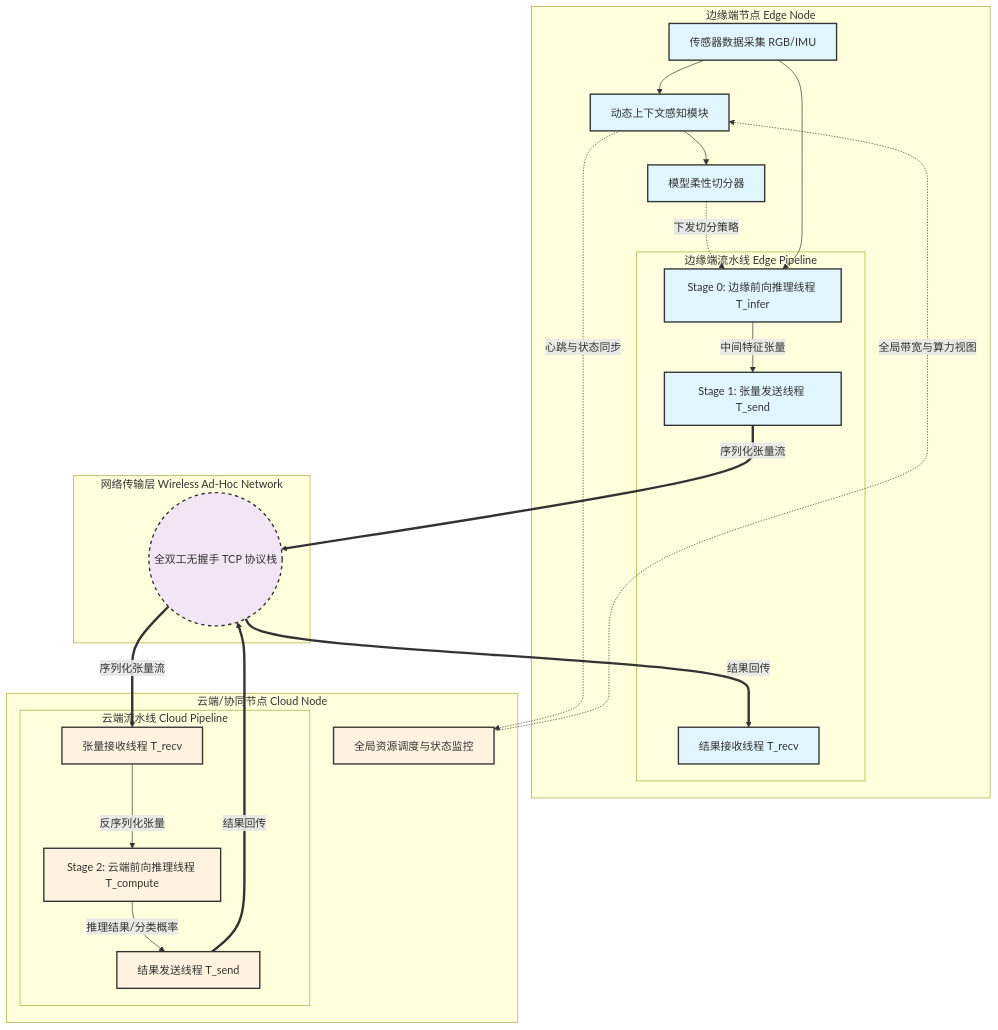
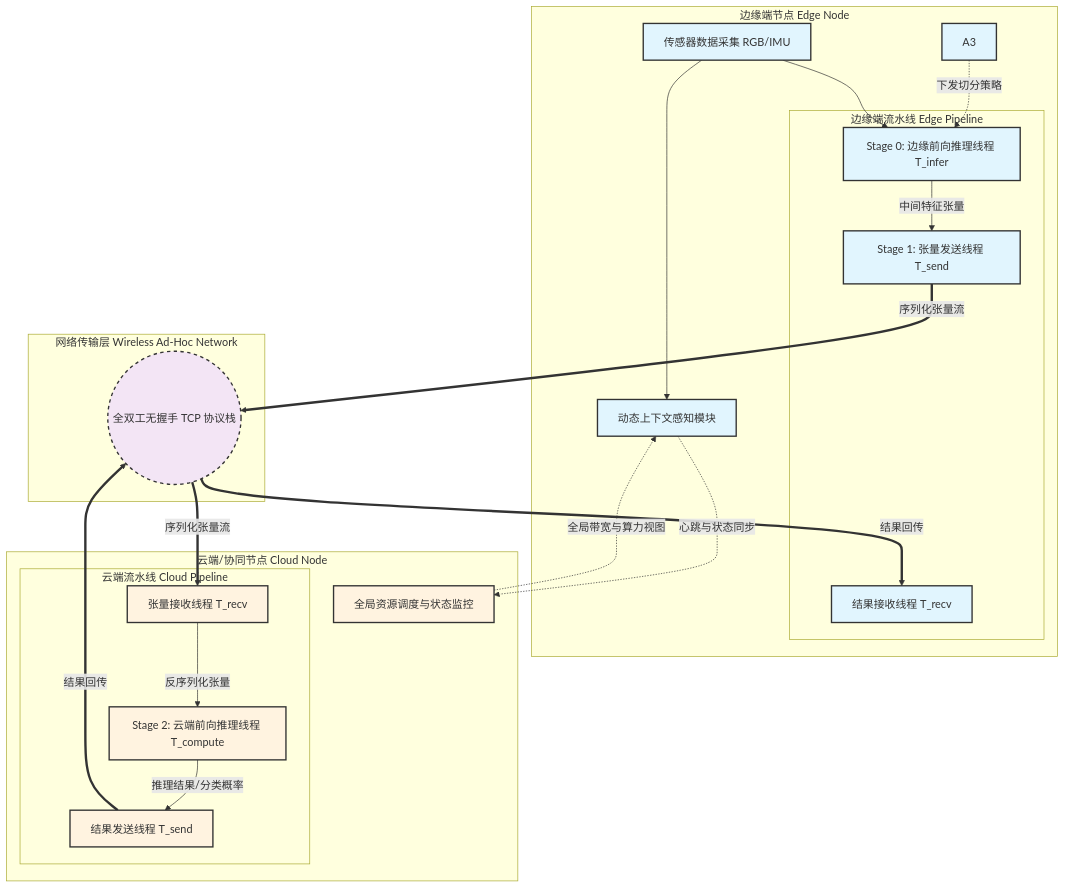
One commit to intmain-yy/iodraw-files changed the diagram in all/AI-1.md. Above: the diagram before and after it, drawn with Mermaid.

Commit message:
2026-02-27 16:37:11 update

````diff
--- a/all/AI-1.md
+++ b/all/AI-1.md
@@ -1,49 +1,49 @@
 ```mermaid
 graph TD
     subgraph "边缘端节点 Edge Node"
         A1["传感器数据采集 RGB/IMU"] --> A2[动态上下文感知模块]
-        A2 --> A3[模型柔性切分器]
+        
         
         subgraph "边缘端流水线 Edge Pipeline"
             A4[Stage 0: 边缘前向推理线程 T_infer]
             A5[Stage 1: 张量发送线程 T_send]
             A6[结果接收线程 T_recv]
         end
         
         A3 -.->|下发切分策略| A4
         A1 --> A4
         A4 -->|中间特征张量| A5
     end
 
     subgraph "网络传输层 Wireless Ad-Hoc Network"
         N1(("全双工无握手 TCP 协议栈"))
     end
 
     subgraph "云端/协同节点 Cloud Node"
         subgraph "云端流水线 Cloud Pipeline"
             C1[张量接收线程 T_recv]
             C2[Stage 2: 云端前向推理线程 T_compute]
             C3[结果发送线程 T_send]
         end
         
         C4[全局资源调度与状态监控]
     end
 
     A5 ==>|序列化张量流| N1
     N1 ==>|序列化张量流| C1
     C1 -->|反序列化张量| C2
     C2 -->|"推理结果/分类概率"| C3
     C3 ==>|结果回传| N1
     N1 ==>|结果回传| A6
     
     A2 -.->|心跳与状态同步| C4
     C4 -.->|全局带宽与算力视图| A2
 
     classDef edge fill:#e1f5fe,stroke:#333,stroke-width:2px;
     classDef cloud fill:#fff3e0,stroke:#333,stroke-width:2px;
     classDef net fill:#f3e5f5,stroke:#333,stroke-width:2px,stroke-dasharray: 5 5;
     
     class A1,A2,A3,A4,A5,A6 edge;
     class C1,C2,C3,C4 cloud;
     class N1 net;
 ```
````
